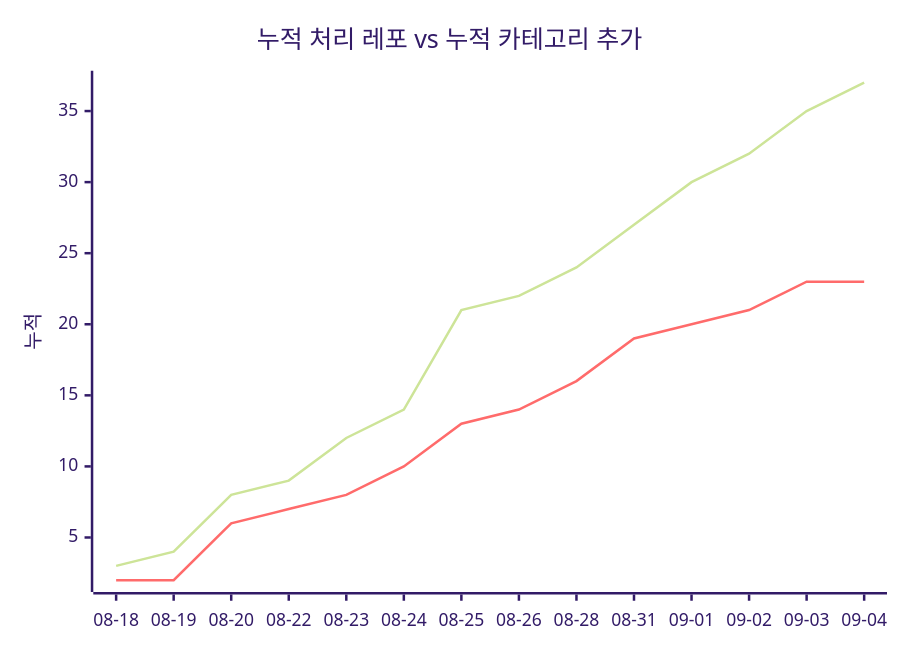
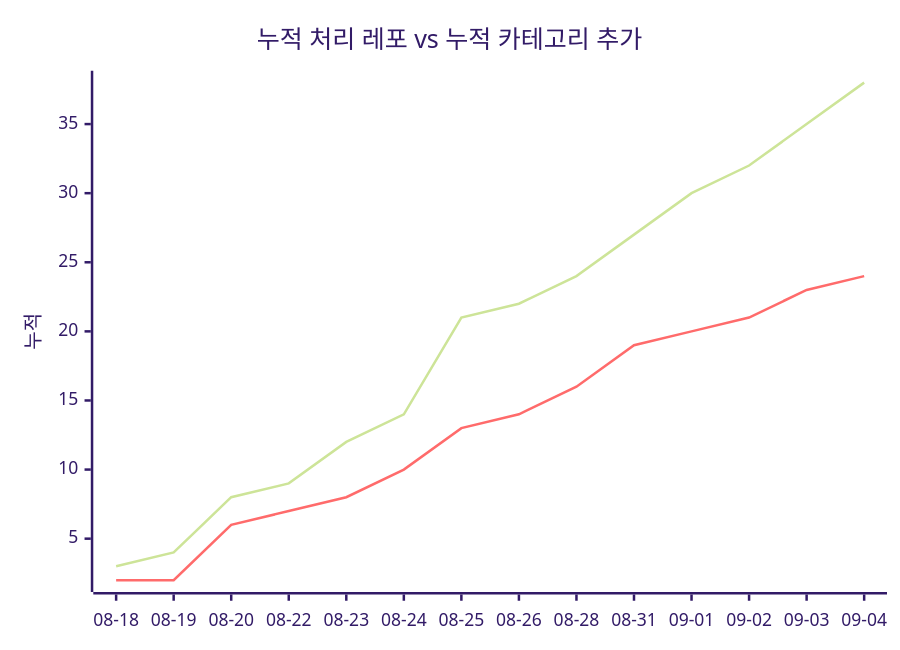
The second of 2 diagrams in docs/trends.md (J-nowcow/awesome-korean-agent-skills), drawn with Mermaid (forest theme) before and after one commit. The commit also changed other lines of this file and 3 other files, not shown here.

````diff
--- a/docs/trends.md
+++ b/docs/trends.md
@@ -68,8 +68,8 @@
 ```mermaid
 xychart-beta
     title "누적 처리 레포 vs 누적 카테고리 추가"
     x-axis ["08-18","08-19","08-20","08-22","08-23","08-24","08-25","08-26","08-28","08-31","09-01","09-02","09-03","09-04"]
     y-axis "누적"
-    line [3,4,8,9,12,14,21,22,24,27,30,32,35,37]
-    line [2,2,6,7,8,10,13,14,16,19,20,21,23,23]
+    line [3,4,8,9,12,14,21,22,24,27,30,32,35,38]
+    line [2,2,6,7,8,10,13,14,16,19,20,21,23,24]
 ```
````
